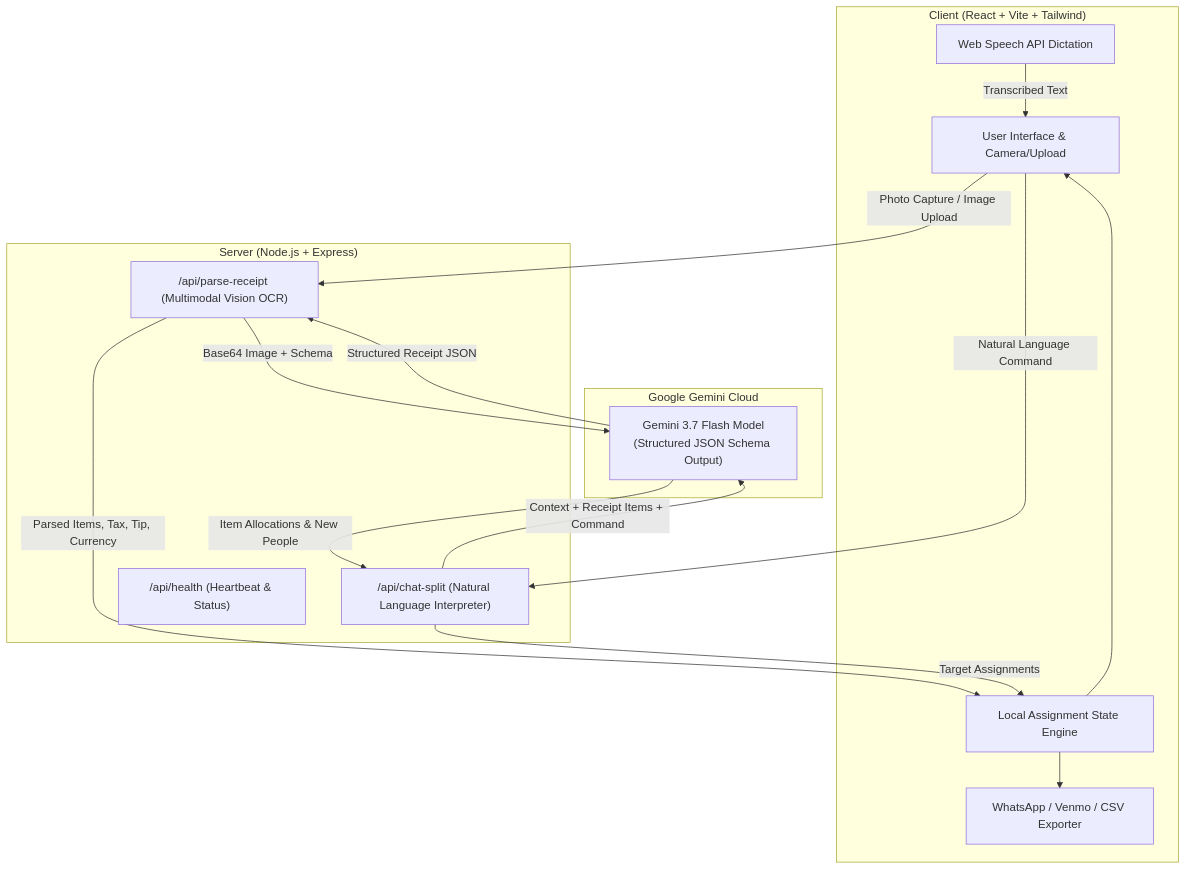
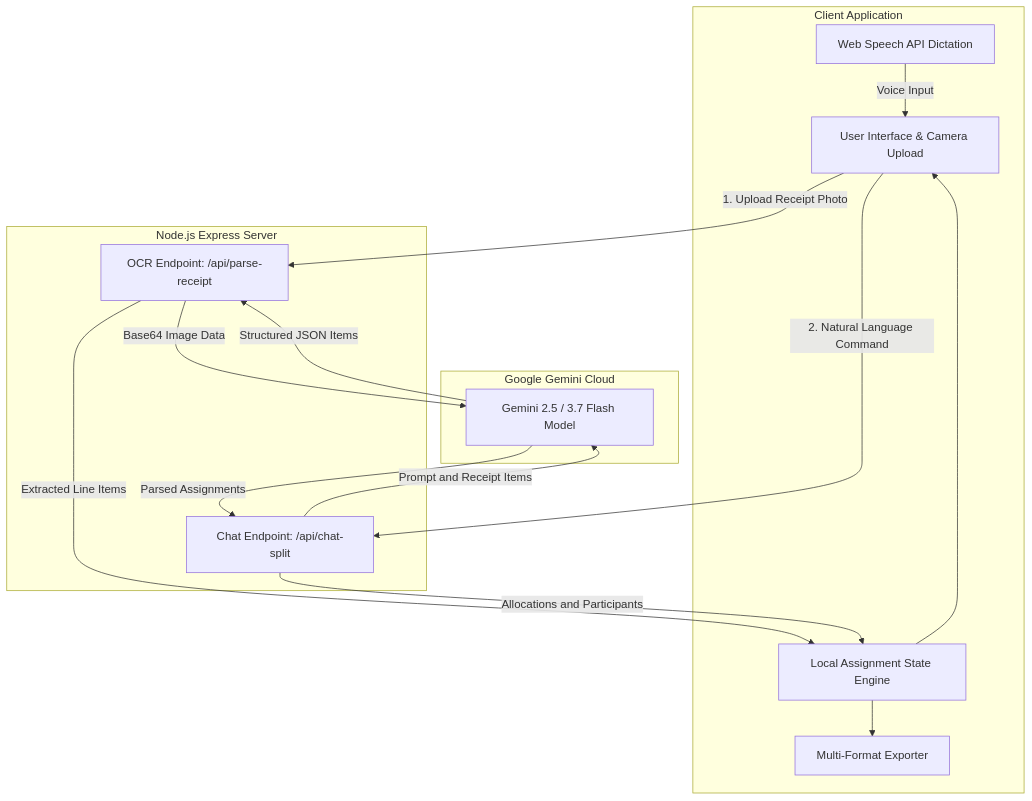
One commit to klakshya118/RecieptSplit-AI changed the diagram in README.md. Above: the diagram before and after it, drawn with Mermaid. The commit also changed 5 other files, not shown here.

First line of the commit message:
feat(ai): implement API key pooling and image compression

````diff
--- a/README.md
+++ b/README.md
@@ -26,35 +26,34 @@
 ```mermaid
-flowchart TD
-    subgraph Client ["Client (React + Vite + Tailwind)"]
-        UI[User Interface & Camera/Upload]
+graph TD
+    subgraph Client [Client Application]
+        UI[User Interface & Camera Upload]
+        Voice[Web Speech API Dictation]
         State[Local Assignment State Engine]
-        Voice[Web Speech API Dictation]
-        Export[WhatsApp / Venmo / CSV Exporter]
+        Export[Multi-Format Exporter]
     end
 
-    subgraph Backend ["Server (Node.js + Express)"]
-        API_Parse["/api/parse-receipt (Multimodal Vision OCR)"]
-        API_Chat["/api/chat-split (Natural Language Interpreter)"]
-        Health["/api/health (Heartbeat & Status)"]
+    subgraph Backend [Node.js Express Server]
+        API_Parse[OCR Endpoint: /api/parse-receipt]
+        API_Chat[Chat Endpoint: /api/chat-split]
     end
 
-    subgraph AI ["Google Gemini Cloud"]
-        GeminiFlash["Gemini 3.7 Flash Model\n(Structured JSON Schema Output)"]
+    subgraph AI [Google Gemini Cloud]
+        Gemini[Gemini 2.5 / 3.7 Flash Model]
     end
 
-    UI -->|Photo Capture / Image Upload| API_Parse
-    Voice -->|Transcribed Text| UI
-    UI -->|Natural Language Command| API_Chat
+    UI -->|1. Upload Receipt Photo| API_Parse
+    Voice -->|Voice Input| UI
+    UI -->|2. Natural Language Command| API_Chat
 
-    API_Parse -->|Base64 Image + Schema| GeminiFlash
-    API_Chat -->|Context + Receipt Items + Command| GeminiFlash
+    API_Parse -->|Base64 Image Data| Gemini
+    API_Chat -->|Prompt and Receipt Items| Gemini
 
-    GeminiFlash -->|Structured Receipt JSON| API_Parse
-    GeminiFlash -->|Item Allocations & New People| API_Chat
+    Gemini -->|Structured JSON Items| API_Parse
+    Gemini -->|Parsed Assignments| API_Chat
 
-    API_Parse -->|Parsed Items, Tax, Tip, Currency| State
-    API_Chat -->|Target Assignments| State
+    API_Parse -->|Extracted Line Items| State
+    API_Chat -->|Allocations and Participants| State
 
     State --> UI
     State --> Export
 ```
````
